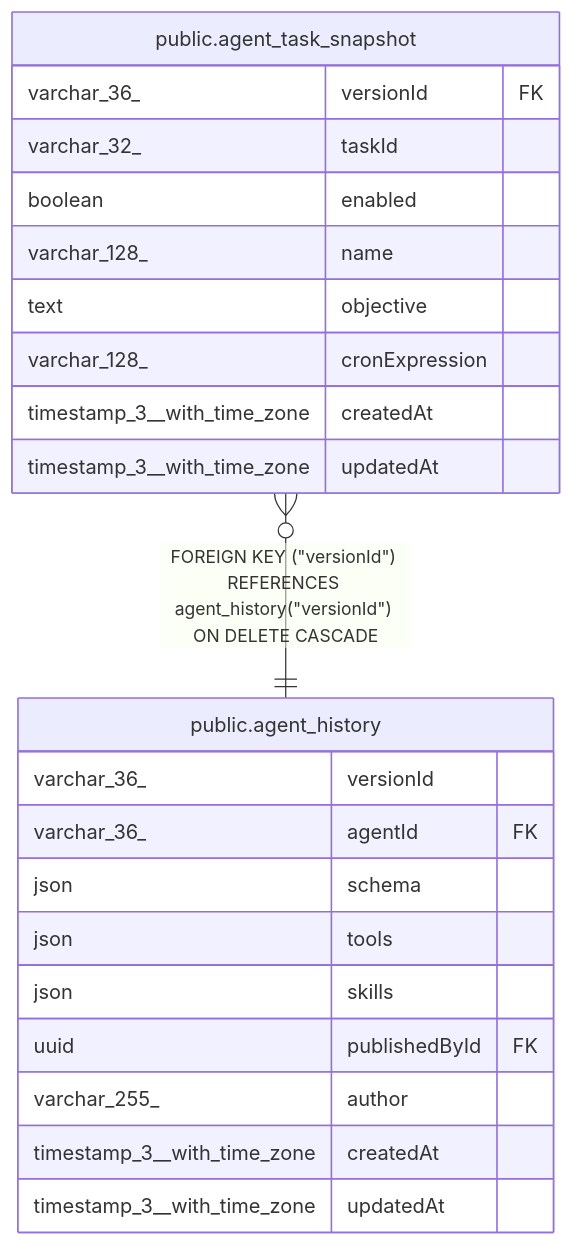
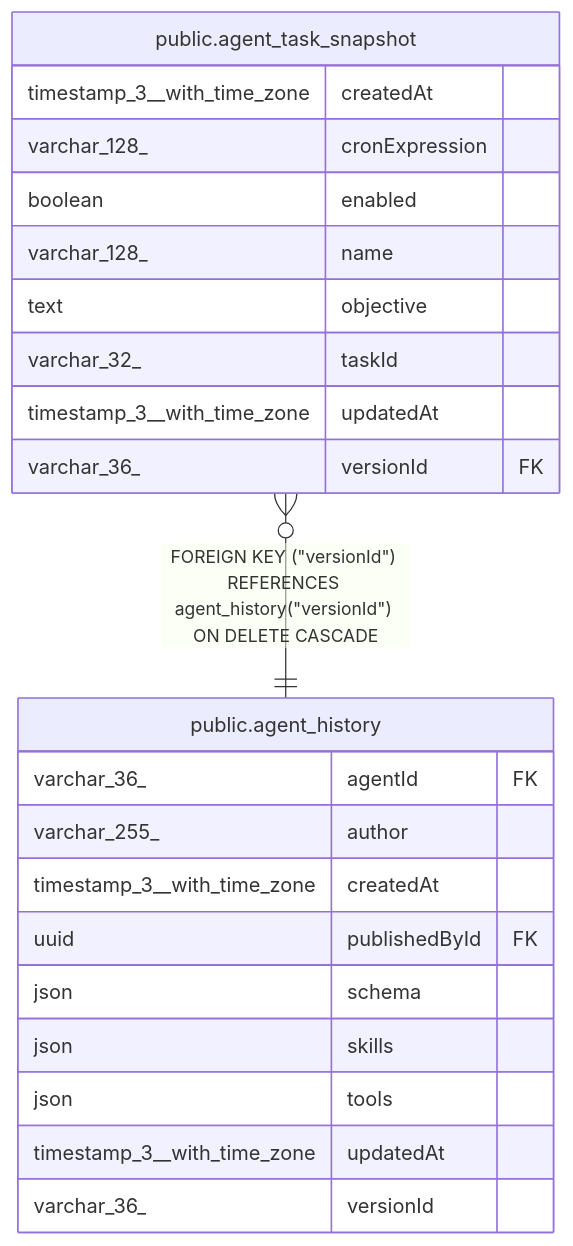
The diagram in docs/generated/postgres-schema/public.agent_task_snapshot.md (mayankjain1815-commits/n8n), drawn with Mermaid before and after one commit. The commit also changed other lines of this file and 221 other files, not shown here.

Commit message:
chore(core): Make DB schema docs generation deterministic (#32373)

````diff
--- a/docs/generated/postgres-schema/public.agent_task_snapshot.md
+++ b/docs/generated/postgres-schema/public.agent_task_snapshot.md
@@ -39,27 +39,27 @@
 ```mermaid
 erDiagram
 
 "public.agent_task_snapshot" }o--|| "public.agent_history" : "FOREIGN KEY (#quot;versionId#quot;) REFERENCES agent_history(#quot;versionId#quot;) ON DELETE CASCADE"
 
 "public.agent_task_snapshot" {
-  varchar_36_ versionId FK
-  varchar_32_ taskId
+  timestamp_3__with_time_zone createdAt
+  varchar_128_ cronExpression
   boolean enabled
   varchar_128_ name
   text objective
-  varchar_128_ cronExpression
-  timestamp_3__with_time_zone createdAt
+  varchar_32_ taskId
   timestamp_3__with_time_zone updatedAt
+  varchar_36_ versionId FK
 }
 "public.agent_history" {
-  varchar_36_ versionId
   varchar_36_ agentId FK
-  json schema
-  json tools
-  json skills
-  uuid publishedById FK
   varchar_255_ author
   timestamp_3__with_time_zone createdAt
+  uuid publishedById FK
+  json schema
+  json skills
+  json tools
   timestamp_3__with_time_zone updatedAt
+  varchar_36_ versionId
 }
 ```
````
